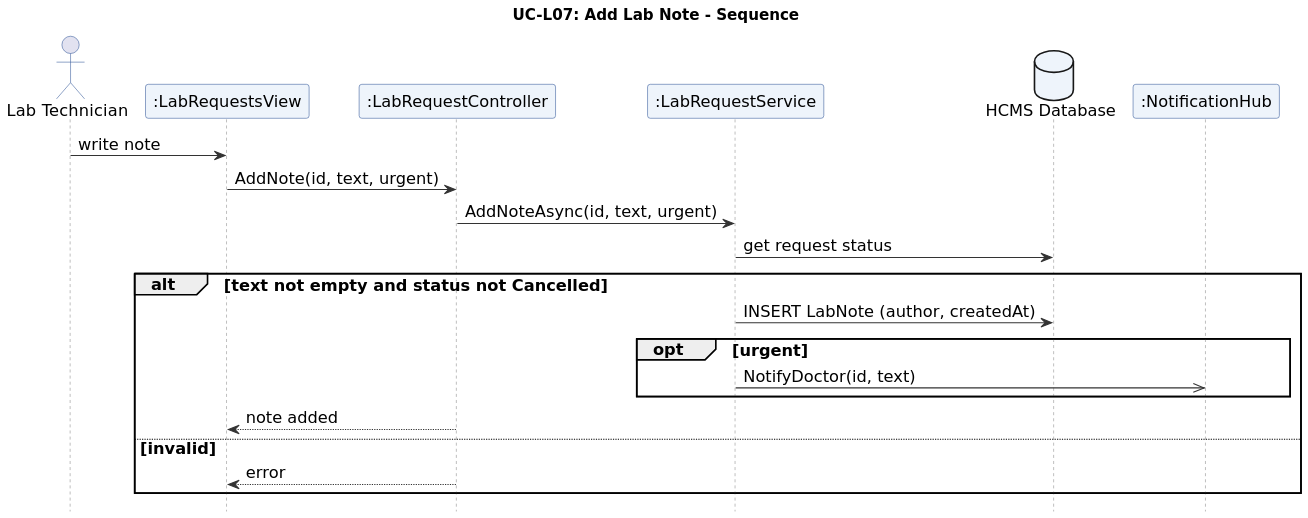
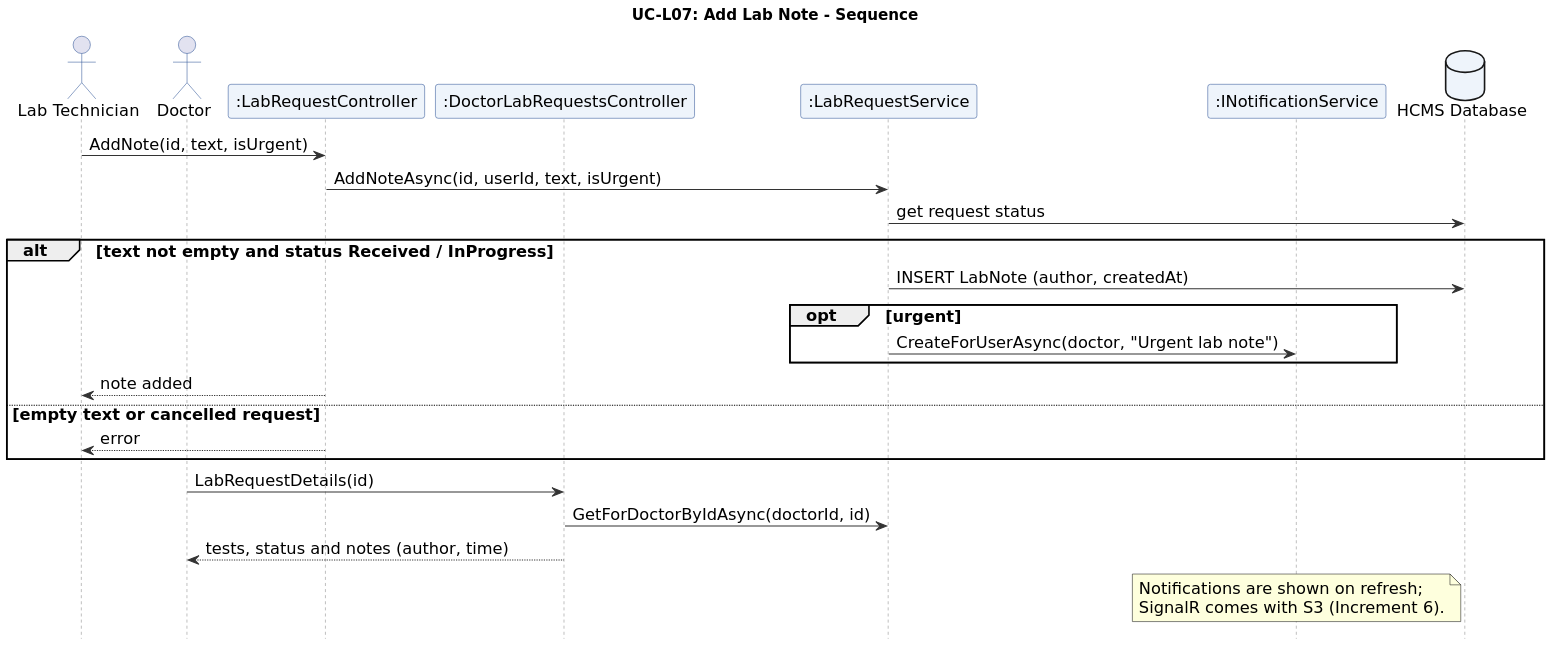
One commit to aymansl/HCMS changed the diagram in docs/diagrams/UC-L07_seq.puml. Above: the diagram before and after it, drawn with PlantUML. The commit also changed 20 other files, not shown here.

```diff
--- a/docs/diagrams/UC-L07_seq.puml
+++ b/docs/diagrams/UC-L07_seq.puml
@@ -1,44 +1,48 @@
 @startuml
 skinparam dpi 170
 skinparam shadowing false
 skinparam defaultFontName DejaVu Sans
 skinparam defaultFontSize 12
 skinparam ArrowColor #333333
 skinparam ActivityBackgroundColor #EEF4FB
 skinparam ActivityBorderColor #2F5597
 skinparam ActivityDiamondBackgroundColor #FFF7E0
 skinparam SwimlaneTitleFontStyle bold
 skinparam ParticipantBackgroundColor #EEF4FB
 skinparam ParticipantBorderColor #2F5597
 skinparam SequenceLifeLineBorderColor #888888
 skinparam UsecaseBackgroundColor #EEF4FB
 skinparam UsecaseBorderColor #2F5597
 skinparam ActorBorderColor #2F5597
 skinparam DatabaseBackgroundColor #EEF4FB
 skinparam SequenceGroupHeaderFontStyle bold
 title UC-L07: Add Lab Note - Sequence
 skinparam defaultFontSize 15
 skinparam ParticipantFontSize 15
 skinparam ActorFontSize 15
 skinparam DatabaseFontSize 15
 hide footbox
 actor "Lab Technician" as U
-participant ":LabRequestsView" as V
+actor Doctor as D
 participant ":LabRequestController" as C
+participant ":DoctorLabRequestsController" as DC
 participant ":LabRequestService" as S
+participant ":INotificationService" as N
 database "HCMS Database" as DB
-participant ":NotificationHub" as H
-U -> V : write note
-V -> C : AddNote(id, text, urgent)
-C -> S : AddNoteAsync(id, text, urgent)
+U -> C : AddNote(id, text, isUrgent)
+C -> S : AddNoteAsync(id, userId, text, isUrgent)
 S -> DB : get request status
-alt text not empty and status not Cancelled
+alt text not empty and status Received / InProgress
   S -> DB : INSERT LabNote (author, createdAt)
   opt urgent
-    S ->> H : NotifyDoctor(id, text)
+    S -> N : CreateForUserAsync(doctor, "Urgent lab note")
   end
-  C --> V : note added
-else invalid
-  C --> V : error
+  C --> U : note added
+else empty text or cancelled request
+  C --> U : error
 end
+D -> DC : LabRequestDetails(id)
+DC -> S : GetForDoctorByIdAsync(doctorId, id)
+DC --> D : tests, status and notes (author, time)
+note over N : Notifications are shown on refresh;\nSignalR comes with S3 (Increment 6).
 @enduml
```
